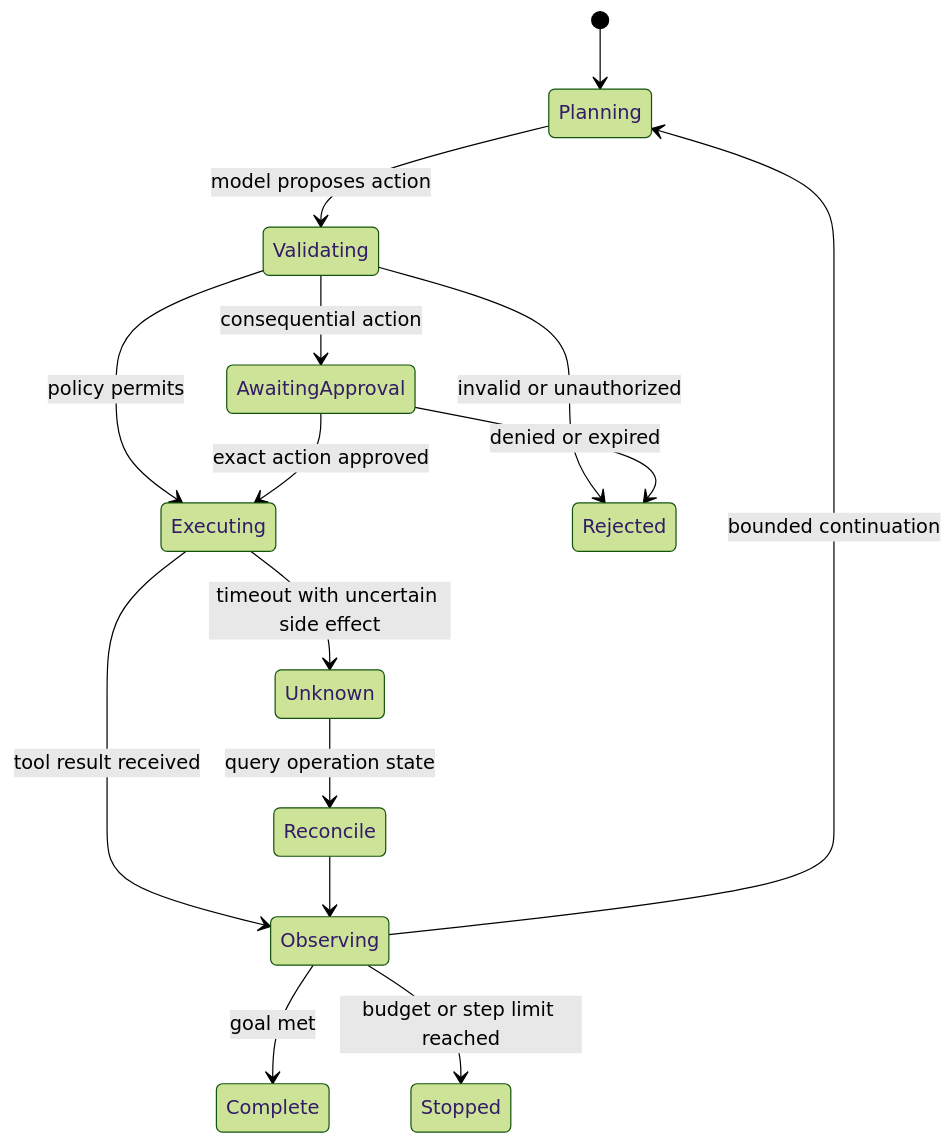
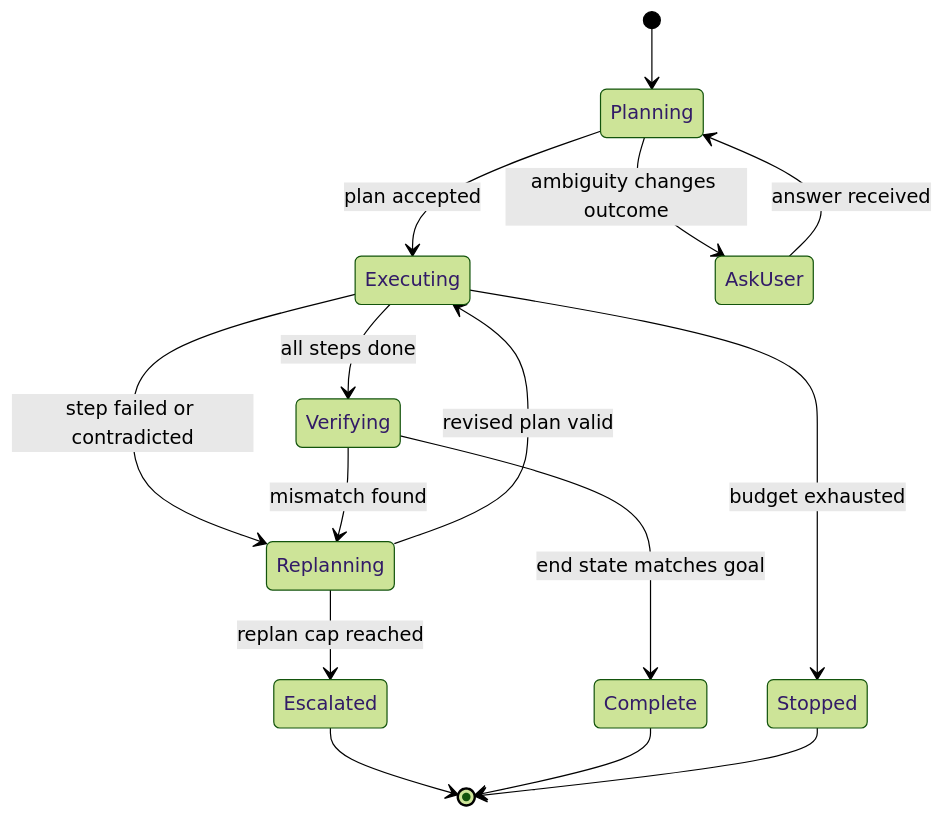
One commit to joydasss/Architect changed the fourth of 10 diagrams in 16_AI_and_GenAI/CH21_Agents_Tool_Calling_Memory_Planning.md. Above: the diagram before and after it, drawn with Mermaid (forest theme). The commit also changed other lines of this file and 295 other files, not shown here.

````diff
--- a/16_AI_and_GenAI/CH21_Agents_Tool_Calling_Memory_Planning.md
+++ b/16_AI_and_GenAI/CH21_Agents_Tool_Calling_Memory_Planning.md
@@ -76,17 +582,17 @@
 ```mermaid
 stateDiagram-v2
     [*] --> Planning
-    Planning --> Validating: model proposes action
-    Validating --> AwaitingApproval: consequential action
-    Validating --> Executing: policy permits
-    Validating --> Rejected: invalid or unauthorized
-    AwaitingApproval --> Executing: exact action approved
-    AwaitingApproval --> Rejected: denied or expired
-    Executing --> Observing: tool result received
-    Executing --> Unknown: timeout with uncertain side effect
-    Unknown --> Reconcile: query operation state
-    Reconcile --> Observing
-    Observing --> Planning: bounded continuation
-    Observing --> Complete: goal met
-    Observing --> Stopped: budget or step limit reached
+    Planning --> Executing: plan accepted
+    Planning --> AskUser: ambiguity changes outcome
+    AskUser --> Planning: answer received
+    Executing --> Verifying: all steps done
+    Executing --> Replanning: step failed or contradicted
+    Replanning --> Executing: revised plan valid
+    Replanning --> Escalated: replan cap reached
+    Verifying --> Complete: end state matches goal
+    Verifying --> Replanning: mismatch found
+    Executing --> Stopped: budget exhausted
+    Escalated --> [*]
+    Complete --> [*]
+    Stopped --> [*]
 ```
````
